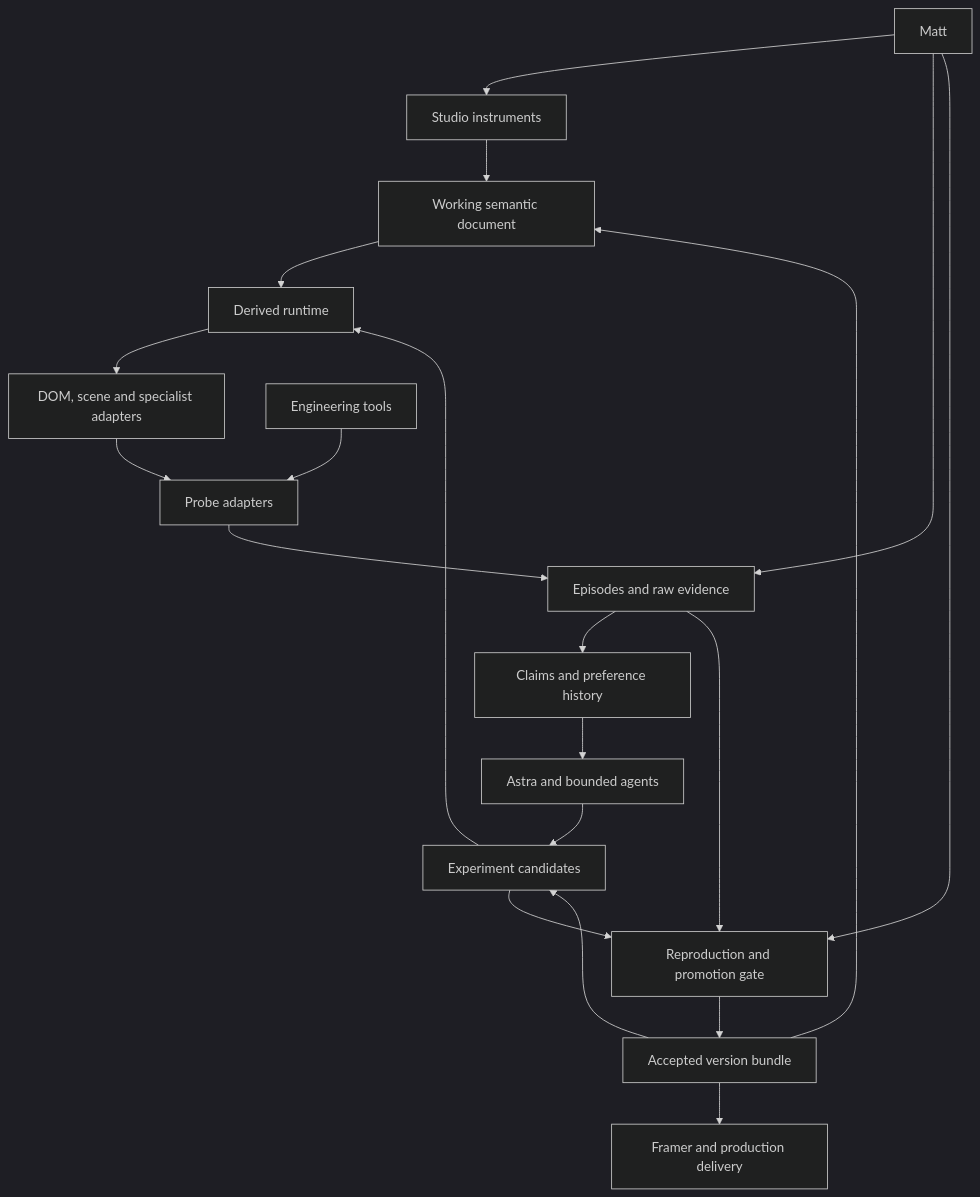
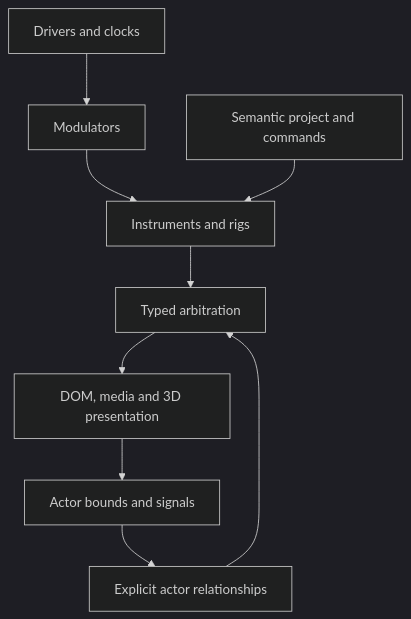
Before and after one commit to playwithlifenow-eng/IphoneAnimation: the diagram in studio/docs/master-plan.md, drawn with Mermaid (dark theme). The commit also changed other lines of this file, not shown here.

Commit message:
docs(studio): reconcile master plan with visual instruments and human-owned UX

````diff
--- a/studio/docs/master-plan.md
+++ b/studio/docs/master-plan.md
@@ -72,22 +121,11 @@
 ```mermaid
 flowchart TD
-    M["Matt"] --> S["Studio instruments"]
-    S --> D["Working semantic document"]
-    D --> R["Derived runtime"]
-    R --> V["DOM, scene and specialist adapters"]
-    V --> P["Probe adapters"]
-    T["Engineering tools"] --> P
-    P --> E["Episodes and raw evidence"]
-    M --> E
-    E --> K["Claims and preference history"]
-    K --> A["Astra and bounded agents"]
-    A --> X["Experiment candidates"]
-    C["Accepted version bundle"] --> X
-    X --> R
-    X --> G["Reproduction and promotion gate"]
-    E --> G
-    M --> G
-    G --> C
-    C --> F["Framer and production delivery"]
-    C --> D
+    D["Drivers and clocks"] --> M["Modulators"]
+    M --> I["Instruments and rigs"]
+    I --> A["Typed arbitration"]
+    A --> P["DOM, media and 3D presentation"]
+    P --> O["Actor bounds and signals"]
+    O --> R["Explicit actor relationships"]
+    R --> A
+    S["Semantic project and commands"] --> I
 ```
````
